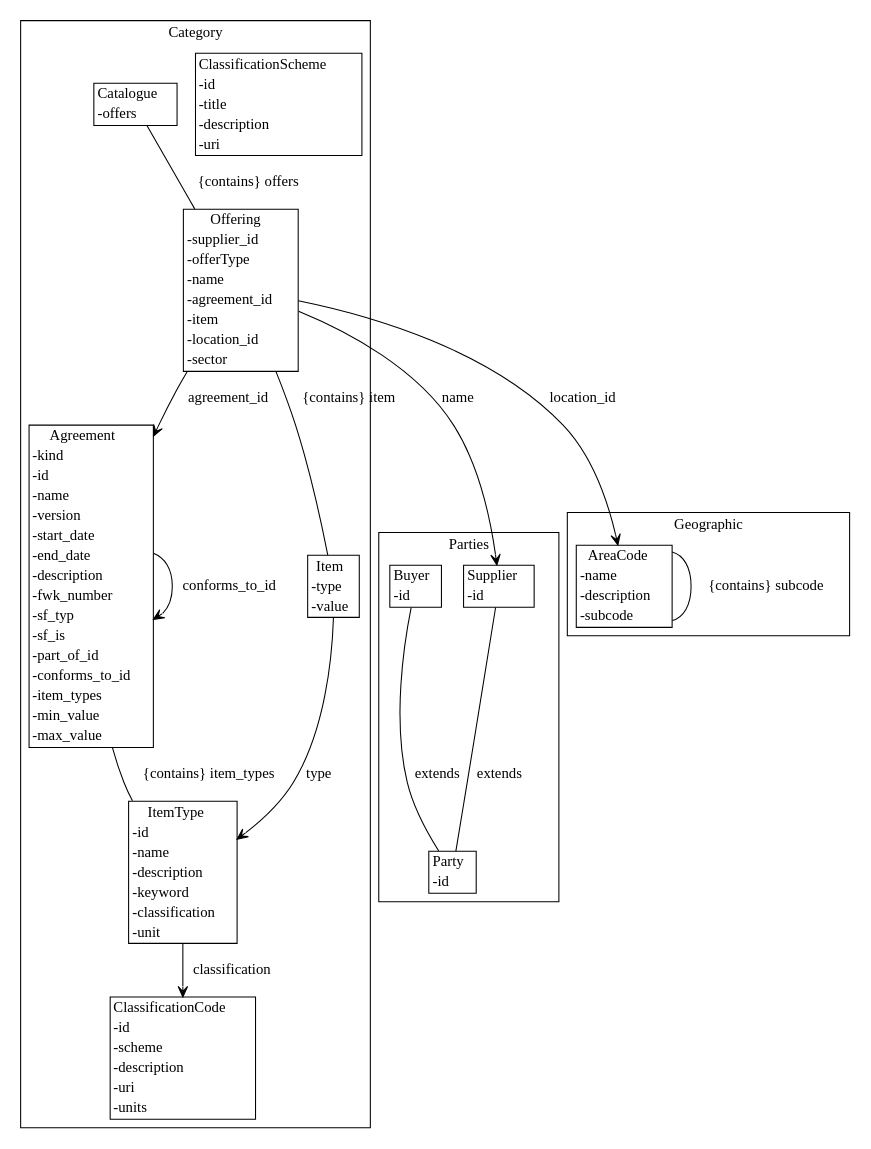
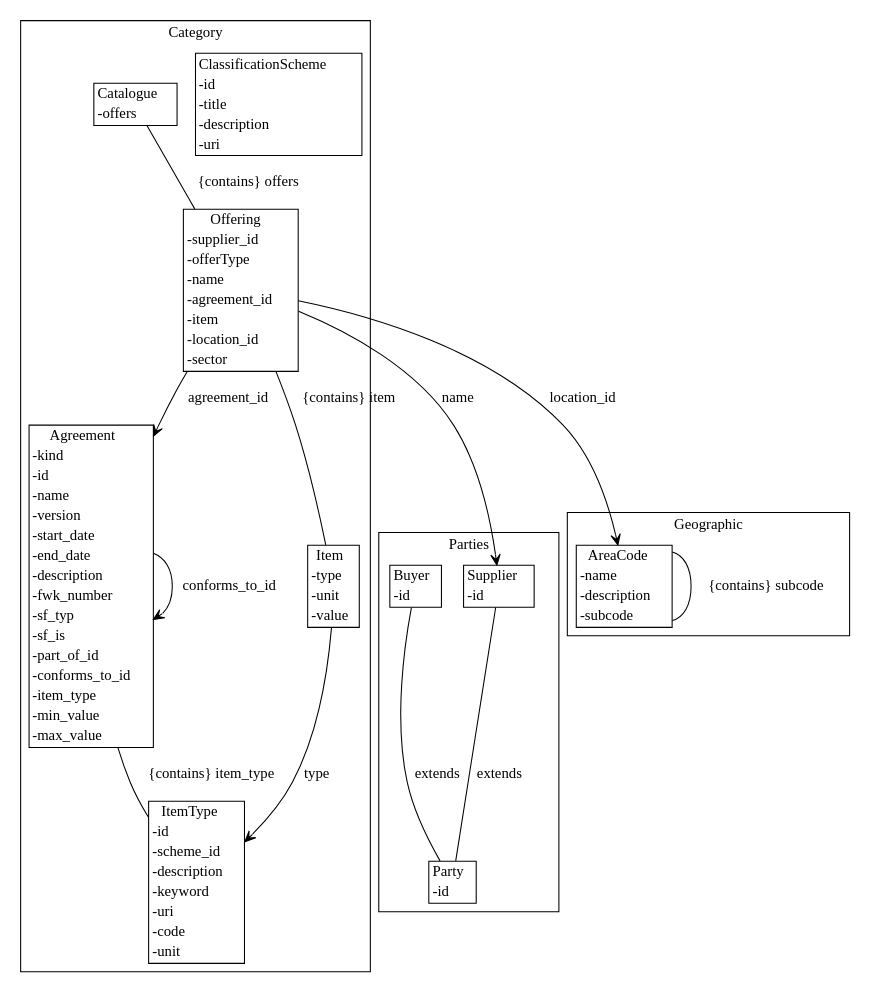
The diagram in agreement-design/gen/diagrams/data_model.dot (Crown-Commercial-Service/cmp-design-prototype), drawn with Graphviz before and after one commit. The commit also changed 5 other files, not shown here.

Commit message:
Change fm - simplify item types

```diff
--- a/agreement-design/gen/diagrams/data_model.dot
+++ b/agreement-design/gen/diagrams/data_model.dot
@@ -1,39 +1,37 @@
 strict digraph {
 subgraph cluster_Category {
 node [shape=plaintext margin=0];
 label=Category;
 "ClassificationScheme" [label=<<table BORDER="1" CELLBORDER="0" CELLSPACING="0"><TH><TD>ClassificationScheme</TD></TH><TR><TD ALIGN="LEFT">-id</TD></TR><TR><TD ALIGN="LEFT">-title</TD></TR><TR><TD ALIGN="LEFT">-description</TD></TR><TR><TD ALIGN="LEFT">-uri</TD></TR></table>>];
-"ClassificationCode" [label=<<table BORDER="1" CELLBORDER="0" CELLSPACING="0"><TH><TD>ClassificationCode</TD></TH><TR><TD ALIGN="LEFT">-id</TD></TR><TR><TD ALIGN="LEFT">-scheme</TD></TR><TR><TD ALIGN="LEFT">-description</TD></TR><TR><TD ALIGN="LEFT">-uri</TD></TR><TR><TD ALIGN="LEFT">-units</TD></TR></table>>];
-"ItemType" [label=<<table BORDER="1" CELLBORDER="0" CELLSPACING="0"><TH><TD>ItemType</TD></TH><TR><TD ALIGN="LEFT">-id</TD></TR><TR><TD ALIGN="LEFT">-name</TD></TR><TR><TD ALIGN="LEFT">-description</TD></TR><TR><TD ALIGN="LEFT">-keyword</TD></TR><TR><TD ALIGN="LEFT">-classification</TD></TR><TR><TD ALIGN="LEFT">-unit</TD></TR></table>>];
-"Agreement" [label=<<table BORDER="1" CELLBORDER="0" CELLSPACING="0"><TH><TD>Agreement</TD></TH><TR><TD ALIGN="LEFT">-kind</TD></TR><TR><TD ALIGN="LEFT">-id</TD></TR><TR><TD ALIGN="LEFT">-name</TD></TR><TR><TD ALIGN="LEFT">-version</TD></TR><TR><TD ALIGN="LEFT">-start_date</TD></TR><TR><TD ALIGN="LEFT">-end_date</TD></TR><TR><TD ALIGN="LEFT">-description</TD></TR><TR><TD ALIGN="LEFT">-fwk_number</TD></TR><TR><TD ALIGN="LEFT">-sf_typ</TD></TR><TR><TD ALIGN="LEFT">-sf_is</TD></TR><TR><TD ALIGN="LEFT">-part_of_id</TD></TR><TR><TD ALIGN="LEFT">-conforms_to_id</TD></TR><TR><TD ALIGN="LEFT">-item_types</TD></TR><TR><TD ALIGN="LEFT">-min_value</TD></TR><TR><TD ALIGN="LEFT">-max_value</TD></TR></table>>];
-"Item" [label=<<table BORDER="1" CELLBORDER="0" CELLSPACING="0"><TH><TD>Item</TD></TH><TR><TD ALIGN="LEFT">-type</TD></TR><TR><TD ALIGN="LEFT">-value</TD></TR></table>>];
+"ItemType" [label=<<table BORDER="1" CELLBORDER="0" CELLSPACING="0"><TH><TD>ItemType</TD></TH><TR><TD ALIGN="LEFT">-id</TD></TR><TR><TD ALIGN="LEFT">-scheme_id</TD></TR><TR><TD ALIGN="LEFT">-description</TD></TR><TR><TD ALIGN="LEFT">-keyword</TD></TR><TR><TD ALIGN="LEFT">-uri</TD></TR><TR><TD ALIGN="LEFT">-code</TD></TR><TR><TD ALIGN="LEFT">-unit</TD></TR></table>>];
+"Agreement" [label=<<table BORDER="1" CELLBORDER="0" CELLSPACING="0"><TH><TD>Agreement</TD></TH><TR><TD ALIGN="LEFT">-kind</TD></TR><TR><TD ALIGN="LEFT">-id</TD></TR><TR><TD ALIGN="LEFT">-name</TD></TR><TR><TD ALIGN="LEFT">-version</TD></TR><TR><TD ALIGN="LEFT">-start_date</TD></TR><TR><TD ALIGN="LEFT">-end_date</TD></TR><TR><TD ALIGN="LEFT">-description</TD></TR><TR><TD ALIGN="LEFT">-fwk_number</TD></TR><TR><TD ALIGN="LEFT">-sf_typ</TD></TR><TR><TD ALIGN="LEFT">-sf_is</TD></TR><TR><TD ALIGN="LEFT">-part_of_id</TD></TR><TR><TD ALIGN="LEFT">-conforms_to_id</TD></TR><TR><TD ALIGN="LEFT">-item_type</TD></TR><TR><TD ALIGN="LEFT">-min_value</TD></TR><TR><TD ALIGN="LEFT">-max_value</TD></TR></table>>];
+"Item" [label=<<table BORDER="1" CELLBORDER="0" CELLSPACING="0"><TH><TD>Item</TD></TH><TR><TD ALIGN="LEFT">-type</TD></TR><TR><TD ALIGN="LEFT">-unit</TD></TR><TR><TD ALIGN="LEFT">-value</TD></TR></table>>];
 "Offering" [label=<<table BORDER="1" CELLBORDER="0" CELLSPACING="0"><TH><TD>Offering</TD></TH><TR><TD ALIGN="LEFT">-supplier_id</TD></TR><TR><TD ALIGN="LEFT">-offerType</TD></TR><TR><TD ALIGN="LEFT">-name</TD></TR><TR><TD ALIGN="LEFT">-agreement_id</TD></TR><TR><TD ALIGN="LEFT">-item</TD></TR><TR><TD ALIGN="LEFT">-location_id</TD></TR><TR><TD ALIGN="LEFT">-sector</TD></TR></table>>];
 "Catalogue" [label=<<table BORDER="1" CELLBORDER="0" CELLSPACING="0"><TH><TD>Catalogue</TD></TH><TR><TD ALIGN="LEFT">-offers</TD></TR></table>>];
 }
 subgraph cluster_Parties {
 node [shape=plaintext margin=0];
 label=Parties;
 "Party" [label=<<table BORDER="1" CELLBORDER="0" CELLSPACING="0"><TH><TD>Party</TD></TH><TR><TD ALIGN="LEFT">-id</TD></TR></table>>];
 "Supplier" [label=<<table BORDER="1" CELLBORDER="0" CELLSPACING="0"><TH><TD>Supplier</TD></TH><TR><TD ALIGN="LEFT">-id</TD></TR></table>>];
 "Buyer" [label=<<table BORDER="1" CELLBORDER="0" CELLSPACING="0"><TH><TD>Buyer</TD></TH><TR><TD ALIGN="LEFT">-id</TD></TR></table>>];
 }
 subgraph cluster_Geographic {
 node [shape=plaintext margin=0];
 label=Geographic;
 "AreaCode" [label=<<table BORDER="1" CELLBORDER="0" CELLSPACING="0"><TH><TD>AreaCode</TD></TH><TR><TD ALIGN="LEFT">-name</TD></TR><TR><TD ALIGN="LEFT">-description</TD></TR><TR><TD ALIGN="LEFT">-subcode</TD></TR></table>>];
 }
-"ItemType" -> "ClassificationCode" [label="classification" arrowhead = "open" arrowtail = "none" ];
 "Agreement" -> "Agreement" [label="part_of_id" arrowhead = "open" arrowtail = "none" ];
 "Agreement" -> "Agreement" [label="conforms_to_id" arrowhead = "open" arrowtail = "none" ];
-"Agreement" -> "ItemType" [label="{contains} item_types" arrowhead = "none" arrowtail = "diamond" ];
+"Agreement" -> "ItemType" [label="{contains} item_type" arrowhead = "none" arrowtail = "diamond" ];
 "Item" -> "ItemType" [label="type" arrowhead = "open" arrowtail = "none" ];
 "Offering" -> "Supplier" [label="supplier_id" arrowhead = "open" arrowtail = "none" ];
 "Offering" -> "Supplier" [label="name" arrowhead = "open" arrowtail = "none" ];
 "Offering" -> "Agreement" [label="agreement_id" arrowhead = "open" arrowtail = "none" ];
 "Offering" -> "Item" [label="{contains} item" arrowhead = "none" arrowtail = "diamond" ];
 "Offering" -> "AreaCode" [label="location_id" arrowhead = "open" arrowtail = "none" ];
 "Catalogue" -> "Offering" [label="{contains} offers" arrowhead = "none" arrowtail = "diamond" ];
 "Supplier" -> "Party" [label="extends" arrowhead = "none" arrowtail = "normal" ];
 "Buyer" -> "Party" [label="extends" arrowhead = "none" arrowtail = "normal" ];
 "AreaCode" -> "AreaCode" [label="{contains} subcode" arrowhead = "none" arrowtail = "diamond" ];
 }
```
